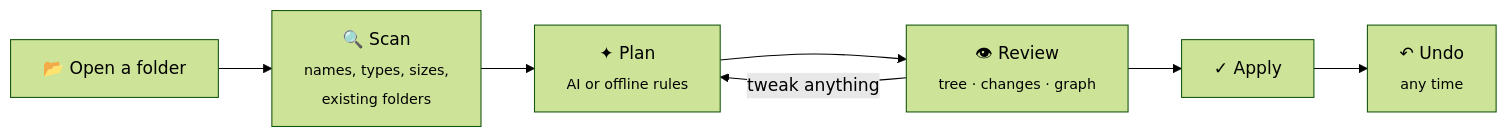
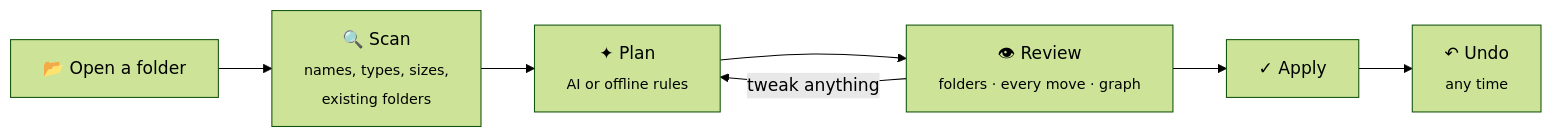
The diagram in README.md (Barbaqueda/onyx), drawn with Mermaid (forest theme) before and after one commit. The commit also changed other lines of this file and 11 other files, not shown here.

````diff
--- a/README.md
+++ b/README.md
@@ -78,9 +79,9 @@
 ```mermaid
 flowchart LR
     A["📂 Open a folder"] --> B["🔍 Scan<br/><sub>names, types, sizes,<br/>existing folders</sub>"]
     B --> C["✦ Plan<br/><sub>AI or offline rules</sub>"]
-    C --> D["👁 Review<br/><sub>tree · changes · graph</sub>"]
+    C --> D["👁 Review<br/><sub>folders · every move · graph</sub>"]
     D -->|tweak anything| C
     D --> E["✓ Apply"]
     E --> F["↶ Undo<br/><sub>any time</sub>"]
 ```
````
